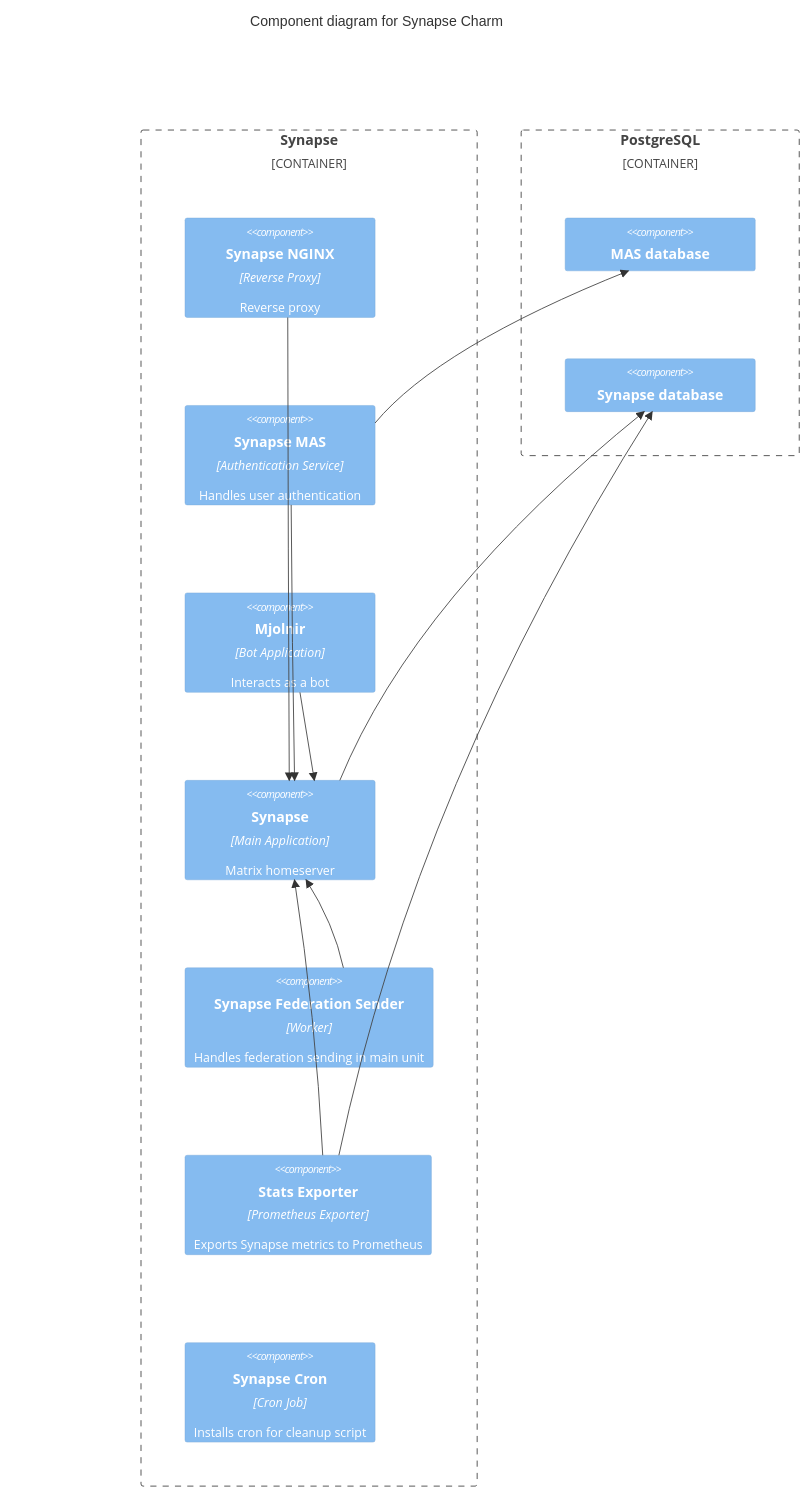
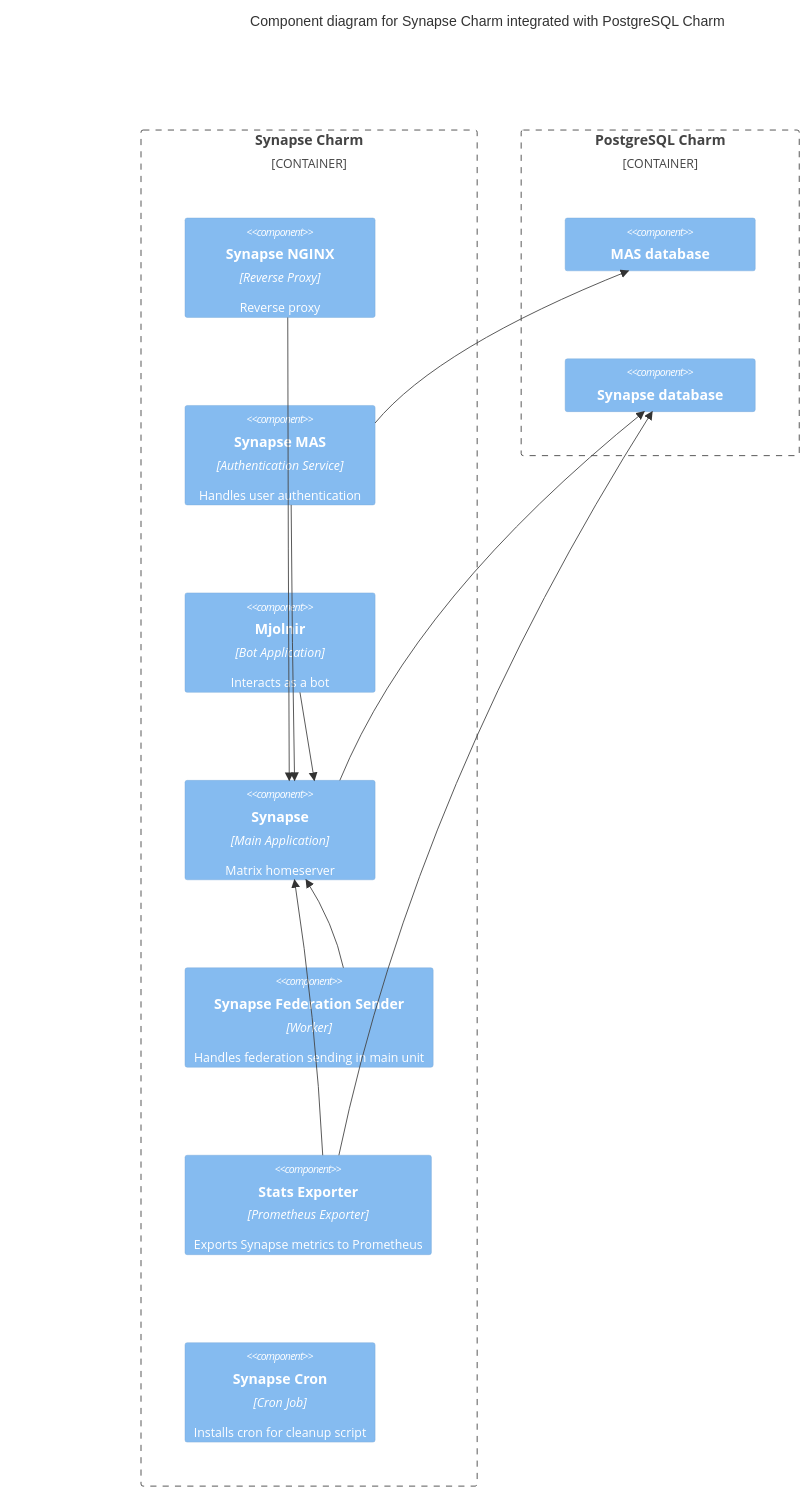
One commit to canonical/synapse-operator changed the diagram in docs/explanation/charm-architecture.md. Above: the diagram before and after it, drawn with Mermaid. The commit also changed other lines of this file, not shown here.

Commit message:
Add note about PostgreSQL being a different charm

````diff
--- a/docs/explanation/charm-architecture.md
+++ b/docs/explanation/charm-architecture.md
@@ -11,34 +11,34 @@
 ```mermaid
 C4Context
-title Component diagram for Synapse Charm
+title Component diagram for Synapse Charm integrated with PostgreSQL Charm
 
-Container_Boundary(synapse, "Synapse") {
+Container_Boundary(synapse, "Synapse Charm") {
   
   
   Component(synapse-nginx, "Synapse NGINX", "Reverse Proxy", "Reverse proxy")
   Component(synapse-mas, "Synapse MAS", "Authentication Service", "Handles user authentication")
   Component(mjolnir, "Mjolnir", "Bot Application", "Interacts as a bot")
   Component(synapse, "Synapse", "Main Application", "Matrix homeserver")
   Component(synapse-federation-sender, "Synapse Federation Sender", "Worker", "Handles federation sending in main unit")
   Component(stats-exporter, "Stats Exporter", "Prometheus Exporter", "Exports Synapse metrics to Prometheus")
   Component(synapse-cron, "Synapse Cron", "Cron Job", "Installs cron for cleanup script")
   
   Rel(mjolnir, synapse, "")
   Rel(stats-exporter, synapse, "")
   Rel(synapse-federation-sender, synapse, "")
   Rel(synapse-nginx, synapse, "")
   Rel(synapse-mas, synapse, "")
   
 }
 
-Container_Boundary(postgresql, "PostgreSQL") {
+Container_Boundary(postgresql, "PostgreSQL Charm") {
     Component(mas-database, "MAS database", "","")
     Component(synapse-database, "Synapse database", "","")
 }
 
 Rel(synapse, synapse-database, "")
 Rel(synapse-mas, mas-database, "")
 Rel(stats-exporter, synapse-database, "")
 
 UpdateLayoutConfig($c4ShapeInRow="2", $c4BoundaryInRow="2")
 ```
````
